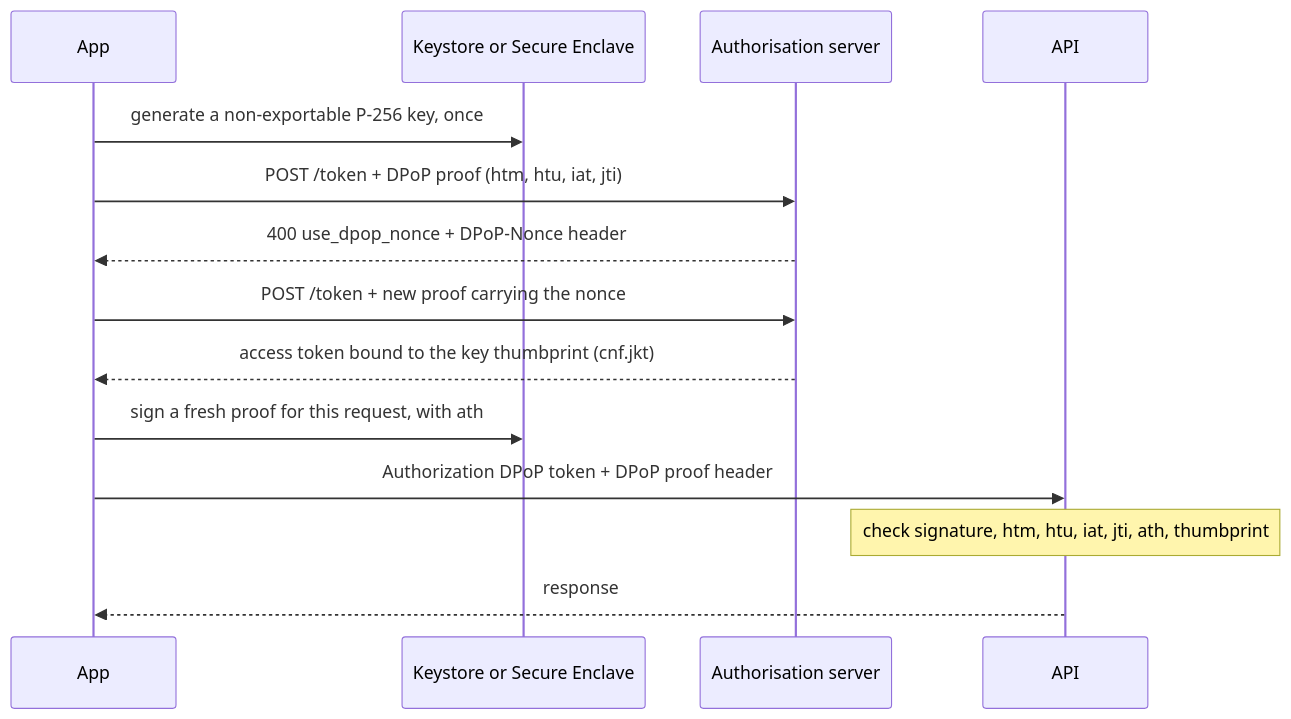
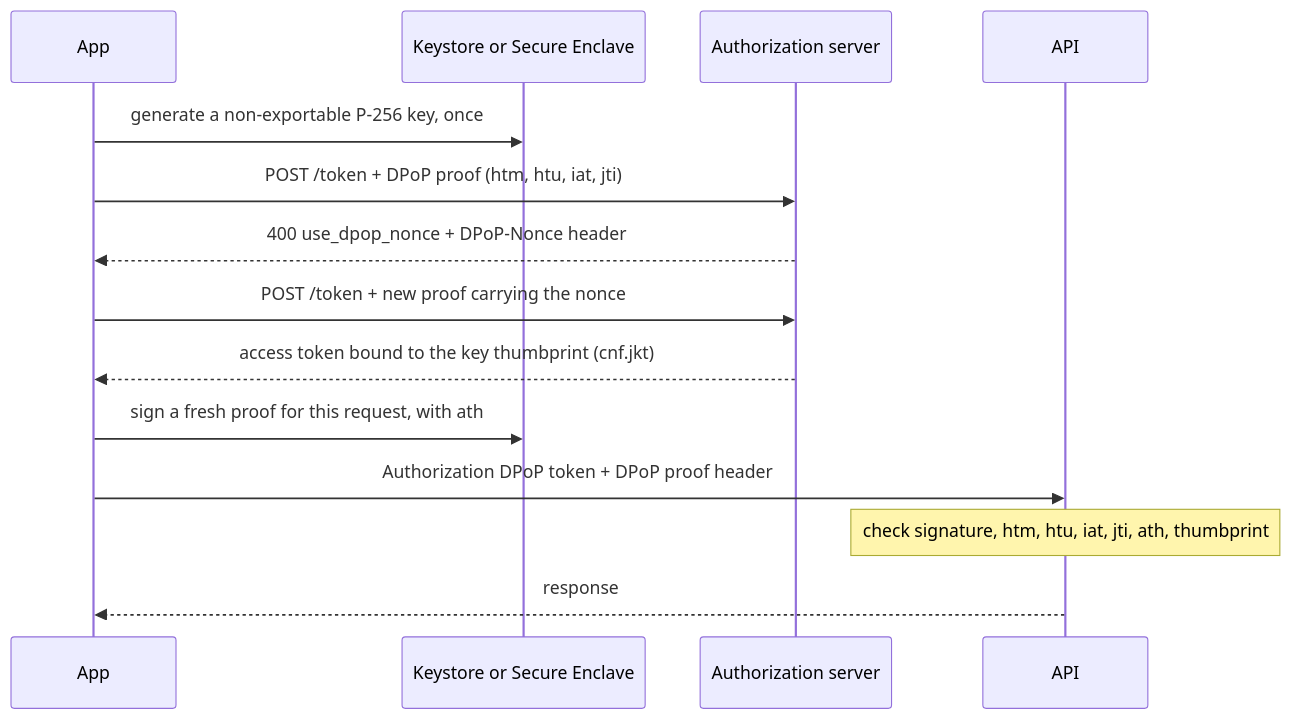
Before and after one commit to hossam9k/mobile-app-security: the fifth of 5 diagrams in book/04-proving-who-is-calling.md, drawn with Mermaid. The commit also changed other lines of this file and 51 other files, not shown here.

````diff
--- a/book/04-proving-who-is-calling.md
+++ b/book/04-proving-who-is-calling.md
@@ -1244,16 +1251,16 @@
 ```mermaid
 sequenceDiagram
     participant App
     participant Key as Keystore or Secure Enclave
-    participant AS as Authorisation server
+    participant AS as Authorization server
     participant API
     App->>Key: generate a non-exportable P-256 key, once
     App->>AS: POST /token + DPoP proof (htm, htu, iat, jti)
     AS-->>App: 400 use_dpop_nonce + DPoP-Nonce header
     App->>AS: POST /token + new proof carrying the nonce
     AS-->>App: access token bound to the key thumbprint (cnf.jkt)
     App->>Key: sign a fresh proof for this request, with ath
     App->>API: Authorization DPoP token + DPoP proof header
     Note over API: check signature, htm, htu, iat, jti, ath, thumbprint
     API-->>App: response
 ```
````
